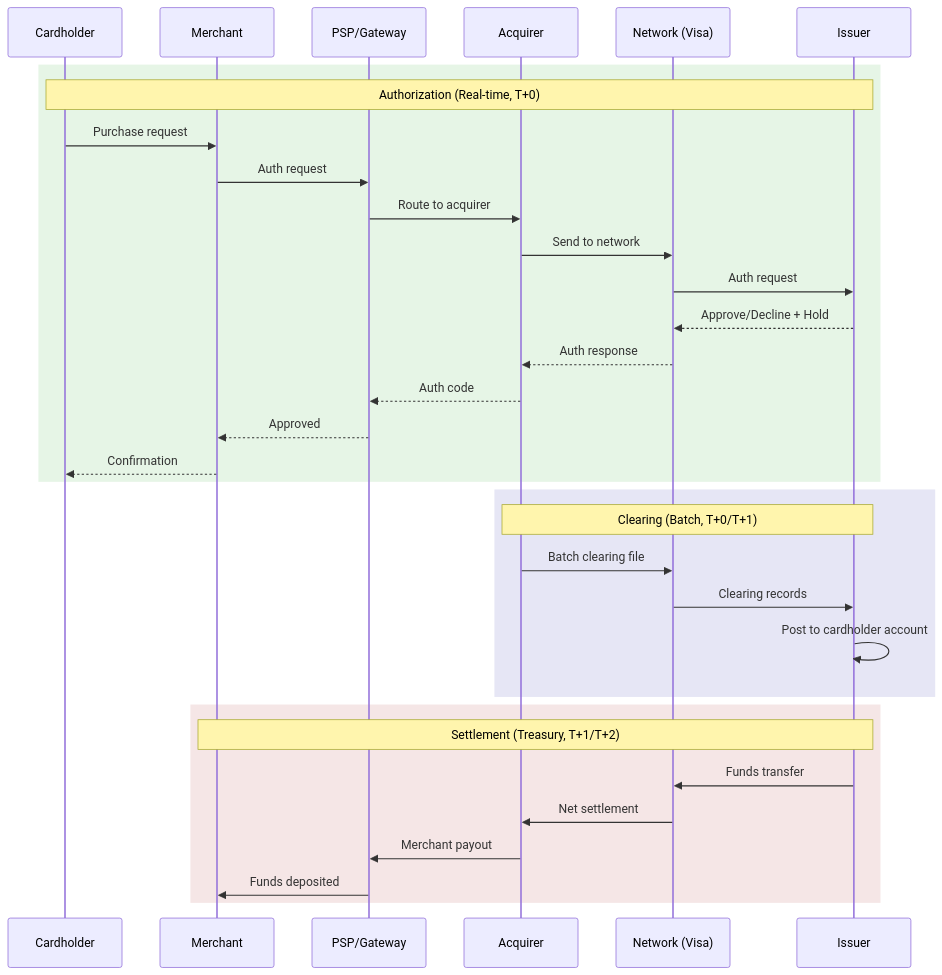
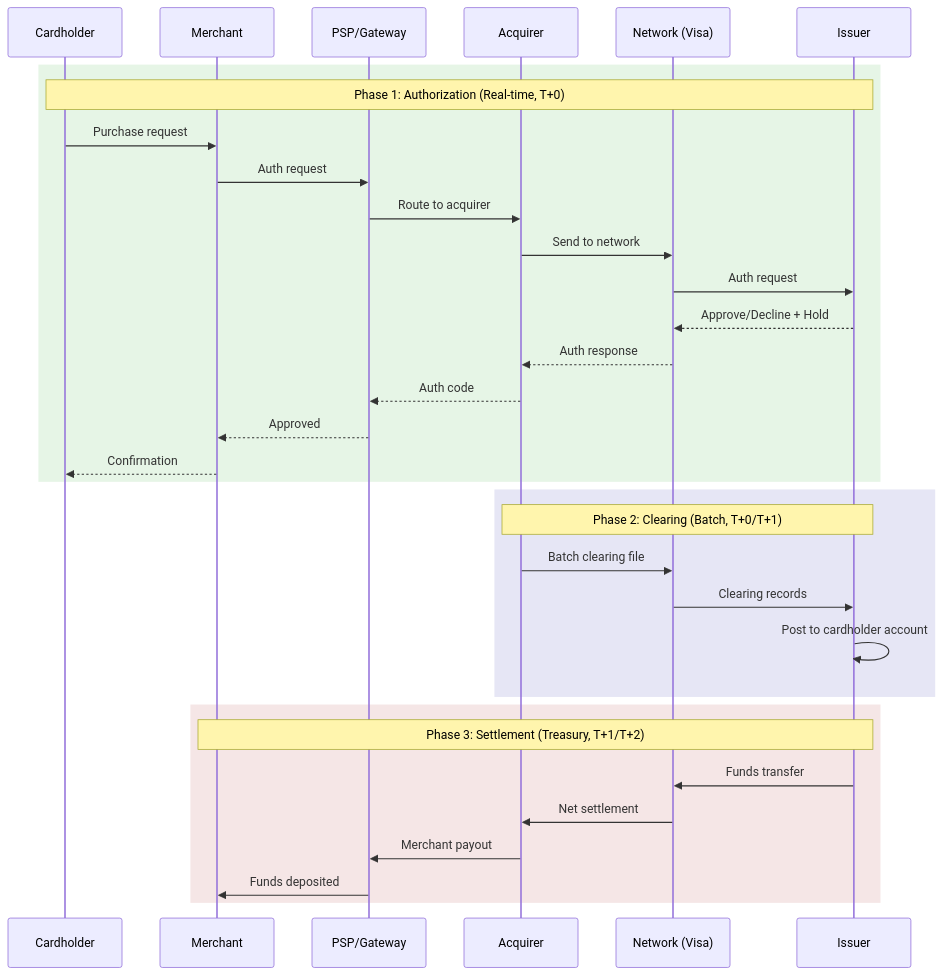
The second of 10 diagrams in gemini-responses/payments-at-visa.md (udaytamma/Cyrus), drawn with Mermaid before and after one commit. The commit also changed other lines of this file and 4 other files, not shown here.

````diff
--- a/gemini-responses/payments-at-visa.md
+++ b/gemini-responses/payments-at-visa.md
@@ -33,38 +76,38 @@
 ```mermaid
 sequenceDiagram
     participant CH as Cardholder
     participant M as Merchant
     participant PSP as PSP/Gateway
     participant ACQ as Acquirer
     participant NET as Network (Visa)
     participant ISS as Issuer
 
     rect rgb(230, 245, 230)
-        note over CH,ISS: Authorization (Real-time, T+0)
+        note over CH,ISS: Phase 1: Authorization (Real-time, T+0)
         CH->>M: Purchase request
         M->>PSP: Auth request
         PSP->>ACQ: Route to acquirer
         ACQ->>NET: Send to network
         NET->>ISS: Auth request
         ISS-->>NET: Approve/Decline + Hold
         NET-->>ACQ: Auth response
         ACQ-->>PSP: Auth code
         PSP-->>M: Approved
         M-->>CH: Confirmation
     end
 
     rect rgb(230, 230, 245)
-        note over ACQ,ISS: Clearing (Batch, T+0/T+1)
+        note over ACQ,ISS: Phase 2: Clearing (Batch, T+0/T+1)
         ACQ->>NET: Batch clearing file
         NET->>ISS: Clearing records
         ISS->>ISS: Post to cardholder account
     end
 
     rect rgb(245, 230, 230)
-        note over M,ISS: Settlement (Treasury, T+1/T+2)
+        note over M,ISS: Phase 3: Settlement (Treasury, T+1/T+2)
         ISS->>NET: Funds transfer
         NET->>ACQ: Net settlement
         ACQ->>PSP: Merchant payout
         PSP->>M: Funds deposited
     end
 ```
````
